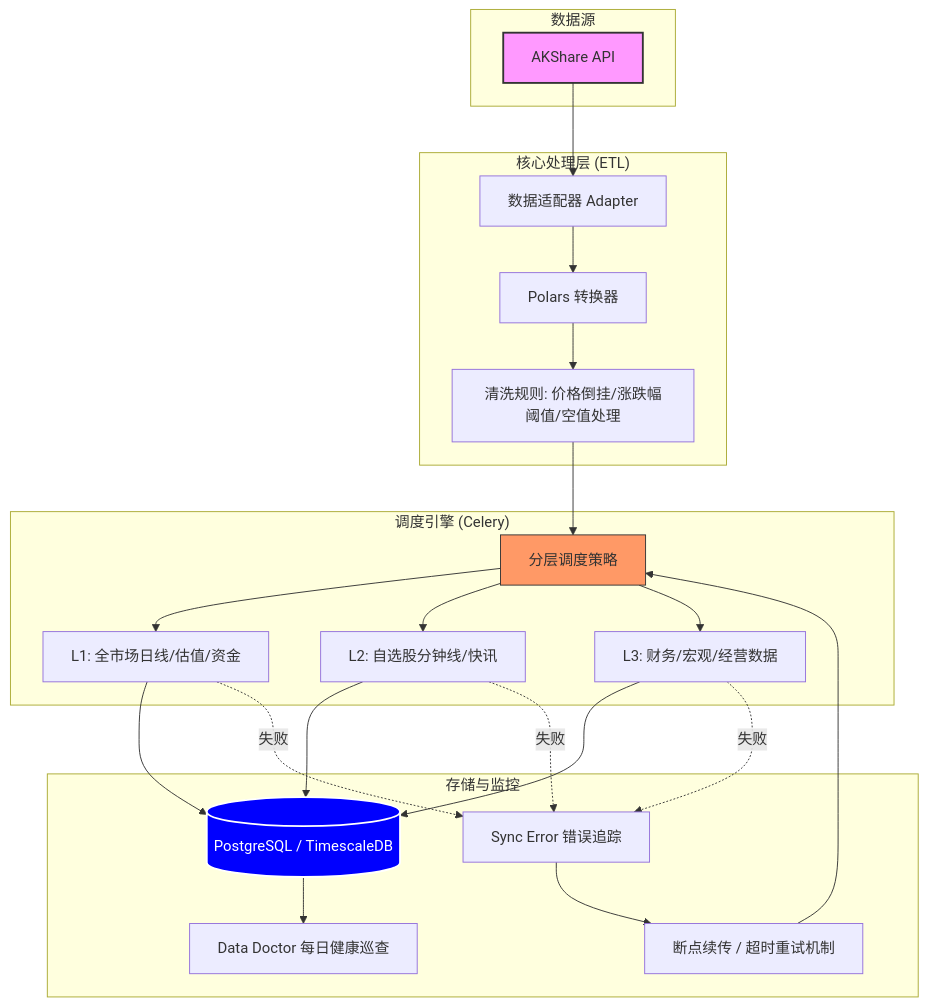
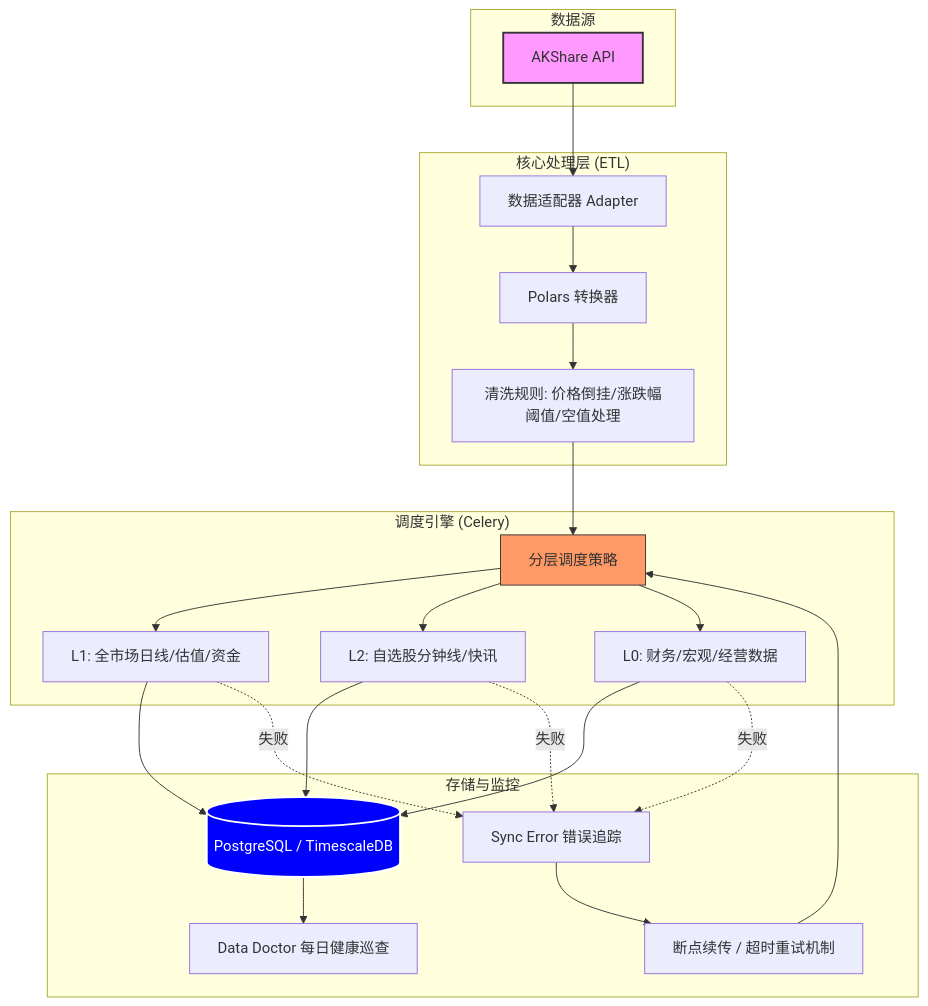
One commit to minionszyw/leeksaver changed the diagram in DATA.md. Above: the diagram before and after it, drawn with Mermaid. The commit also changed other lines of this file and 3 other files, not shown here.

````diff
--- a/DATA.md
+++ b/DATA.md
@@ -31,40 +32,40 @@
 ```mermaid
 graph TD
     subgraph 数据源
         AK[AKShare API]
     end
 
     subgraph "核心处理层 (ETL)"
         AD[数据适配器 Adapter]
         TR[Polars 转换器]
         CL[清洗规则: 价格倒挂/涨跌幅阈值/空值处理]
         
         AK --> AD --> TR --> CL
     end
 
     subgraph "调度引擎 (Celery)"
         SC[分层调度策略]
         L1[L1: 全市场日线/估值/资金]
         L2[L2: 自选股分钟线/快讯]
-        L3[L3: 财务/宏观/经营数据]
+        L0[L0: 财务/宏观/经营数据]
         
         CL --> SC
-        SC --> L1 & L2 & L3
+        SC --> L1 & L2 & L0
     end
 
     subgraph "存储与监控"
         DB[(PostgreSQL / TimescaleDB)]
         MS[Sync Error 错误追踪]
         RT[断点续传 / 超时重试机制]
         DD[Data Doctor 每日健康巡查]
         
-        L1 & L2 & L3 --> DB
-        L1 & L2 & L3 -. 失败 .-> MS
+        L1 & L2 & L0 --> DB
+        L1 & L2 & L0 -. 失败 .-> MS
         MS --> RT --> SC
         DB --> DD
     end
 
     style AK fill:#f9f,stroke:#333,stroke-width:2px
     style DB fill:#00f,stroke:#fff,stroke-width:2px,color:#fff
     style SC fill:#f96,stroke:#333
 ```
````
